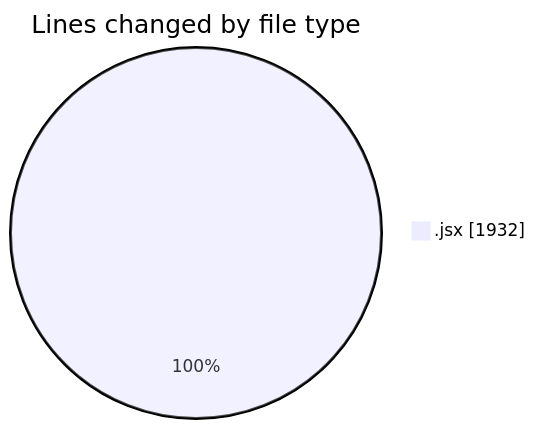
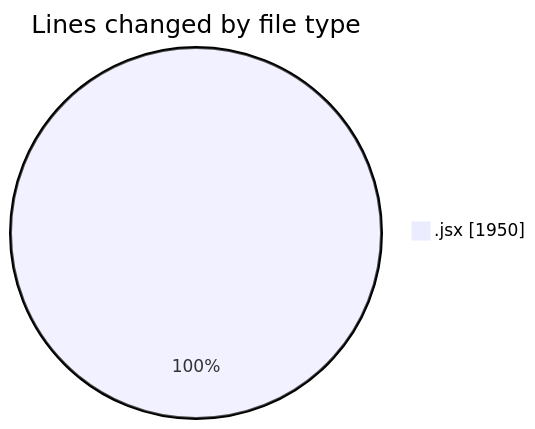
Before and after one commit to nxtqubesakshisongat/code-tracking: the first of 2 diagrams in 2025-08-22/nxtqube_webapp/README.md, drawn with Mermaid. The commit also changed other lines of this file and 1 other file, not shown here.

````diff
--- a/2025-08-22/nxtqube_webapp/README.md
+++ b/2025-08-22/nxtqube_webapp/README.md
@@ -20,5 +20,5 @@
 ```mermaid
 pie showData
 title Lines changed by file type
-".jsx" : 1932
+".jsx" : 1950
 ```
````
